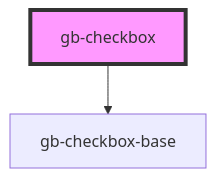
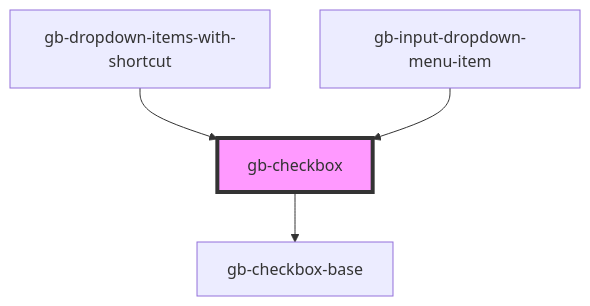
Before and after one commit to Emmanuel1858/globusComponent: the diagram in src/components/gb-checkbox/readme.md, drawn with Mermaid. The commit also changed other lines of this file and 33 other files, not shown here.

````diff
--- a/src/components/gb-checkbox/readme.md
+++ b/src/components/gb-checkbox/readme.md
@@ -27,5 +32,7 @@
 ```mermaid
 graph TD;
   gb-checkbox --> gb-checkbox-base
+  gb-dropdown-items-with-shortcut --> gb-checkbox
+  gb-input-dropdown-menu-item --> gb-checkbox
   style gb-checkbox fill:#f9f,stroke:#333,stroke-width:4px
 ```
````
